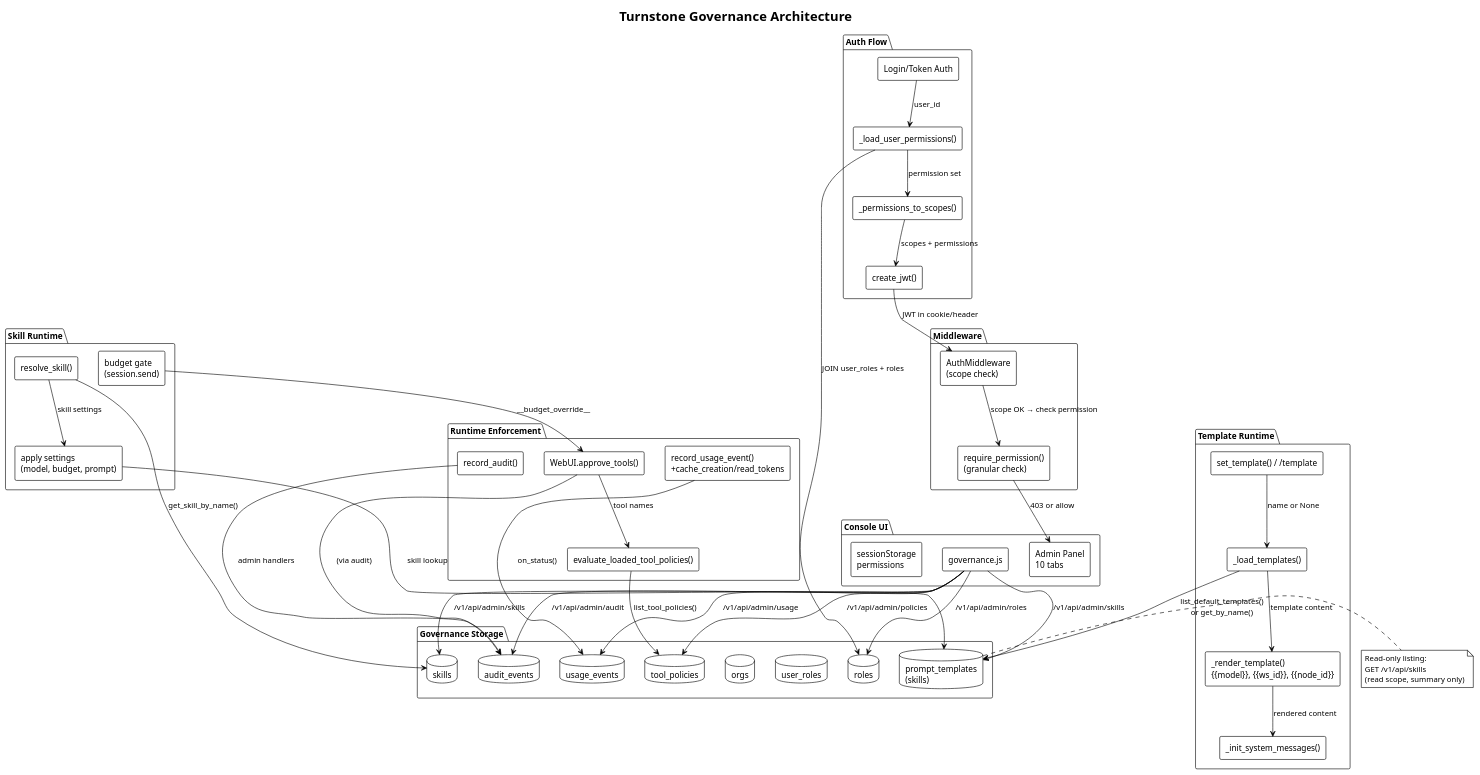
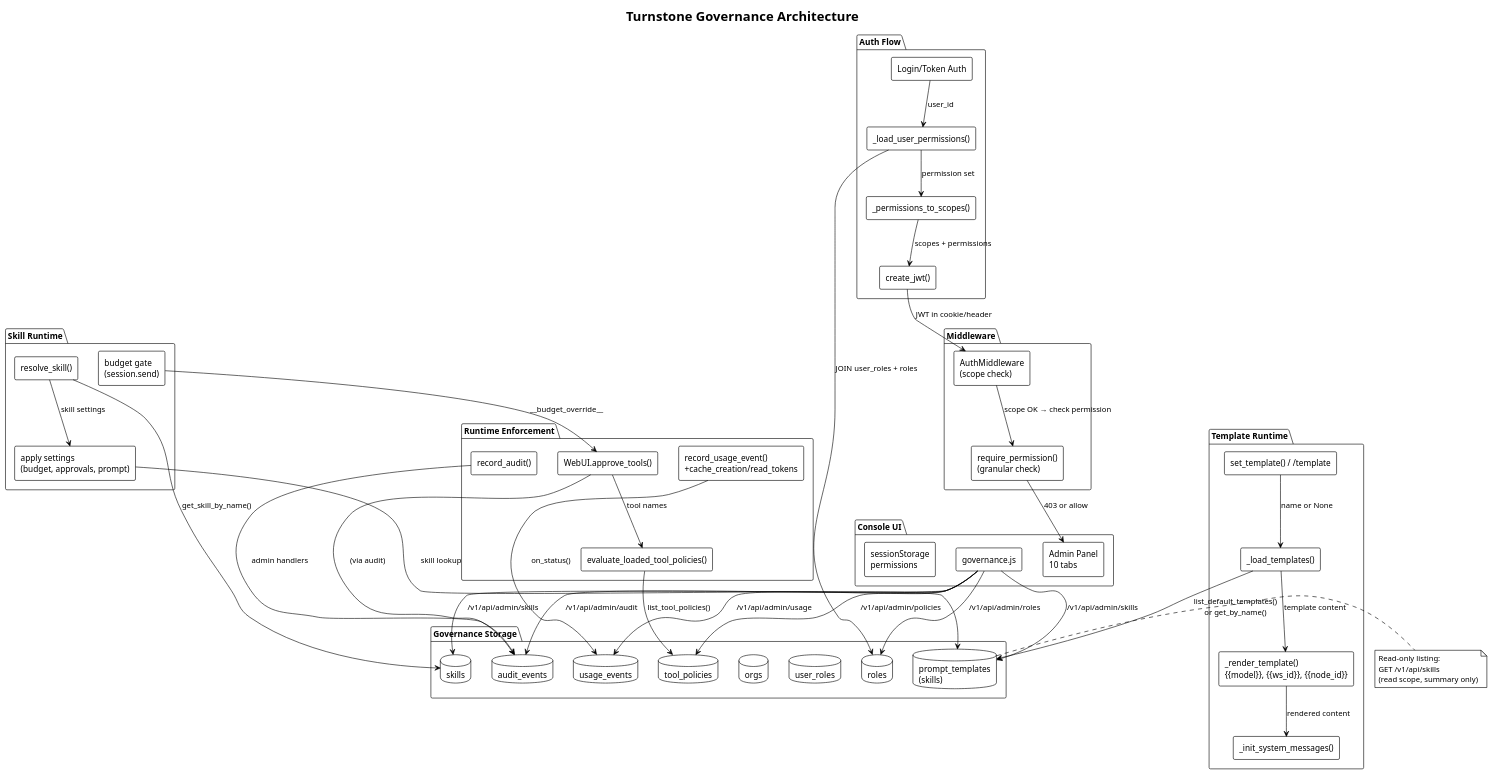
The diagram in docs/diagrams/19-governance-architecture.puml (turnstonelabs/turnstone), drawn with PlantUML before and after one commit. The commit also changed 37 other files, not shown here.

First line of the commit message:
fix: skills no longer choose the model, its settings or turn cap (#1292)

```diff
--- a/docs/diagrams/19-governance-architecture.puml
+++ b/docs/diagrams/19-governance-architecture.puml
@@ -1,100 +1,100 @@
 @startuml
 !theme plain
 skinparam backgroundColor #FFFFFF
 skinparam defaultFontName "IBM Plex Mono"
 skinparam componentStyle rectangle
 
 title Turnstone Governance Architecture
 
 package "Auth Flow" {
   [Login/Token Auth] as auth
   [_load_user_permissions()] as perms
   [_permissions_to_scopes()] as scopes
   [create_jwt()] as jwt
 }
 
 package "Middleware" {
   [AuthMiddleware\n(scope check)] as mw
   [require_permission()\n(granular check)] as rp
 }
 
 package "Governance Storage" {
   database "roles" as roles_db
   database "user_roles" as ur_db
   database "orgs" as orgs_db
   database "tool_policies" as tp_db
   database "prompt_templates\n(skills)" as pt_db
   database "usage_events" as ue_db
   database "audit_events" as ae_db
   database "skills" as wt_db
 }
 
 package "Runtime Enforcement" {
   [evaluate_loaded_tool_policies()] as eval
   [WebUI.approve_tools()] as approve
   [record_usage_event()\n+cache_creation/read_tokens] as usage
   [record_audit()] as audit
 }
 
 package "Template Runtime" {
   [_load_templates()] as tload
   [_render_template()\n{{model}}, {{ws_id}}, {{node_id}}] as trender
   [_init_system_messages()] as tsys
   [set_template() / /template] as tset
 }
 
 package "Skill Runtime" {
   [resolve_skill()] as wtr
-  [apply settings\n(model, budget, prompt)] as wta
+  [apply settings\n(budget, approvals, prompt)] as wta
   [budget gate\n(session.send)] as wtb
 }
 
 package "Console UI" {
   [Admin Panel\n10 tabs] as ui
   [governance.js] as govjs
   [sessionStorage\npermissions] as ss
 }
 
 auth --> perms : user_id
 perms --> roles_db : JOIN user_roles + roles
 perms --> scopes : permission set
 scopes --> jwt : scopes + permissions
 
 jwt --> mw : JWT in cookie/header
 mw --> rp : scope OK → check permission
 
 rp --> ui : 403 or allow
 
 eval --> tp_db : list_tool_policies()
 approve --> eval : tool names
 approve --> ae_db : (via audit)
 
 usage --> ue_db : on_status()
 audit --> ae_db : admin handlers
 
 govjs --> roles_db : /v1/api/admin/roles
 govjs --> tp_db : /v1/api/admin/policies
 govjs --> pt_db : /v1/api/admin/skills
 govjs --> ue_db : /v1/api/admin/usage
 govjs --> ae_db : /v1/api/admin/audit
 
 tload --> pt_db : list_default_templates()\nor get_by_name()
 tload --> trender : template content
 trender --> tsys : rendered content
 tset --> tload : name or None
 
 note right of pt_db
   Read-only listing:
   GET /v1/api/skills
   (read scope, summary only)
 end note
 
 govjs --> wt_db : /v1/api/admin/skills
 wtr --> wt_db : get_skill_by_name()
 wtr --> wta : skill settings
 wta --> pt_db : skill lookup
 wtb --> approve : __budget_override__
 
 auth -[hidden]-> mw
 mw -[hidden]-> approve
 @enduml
```
